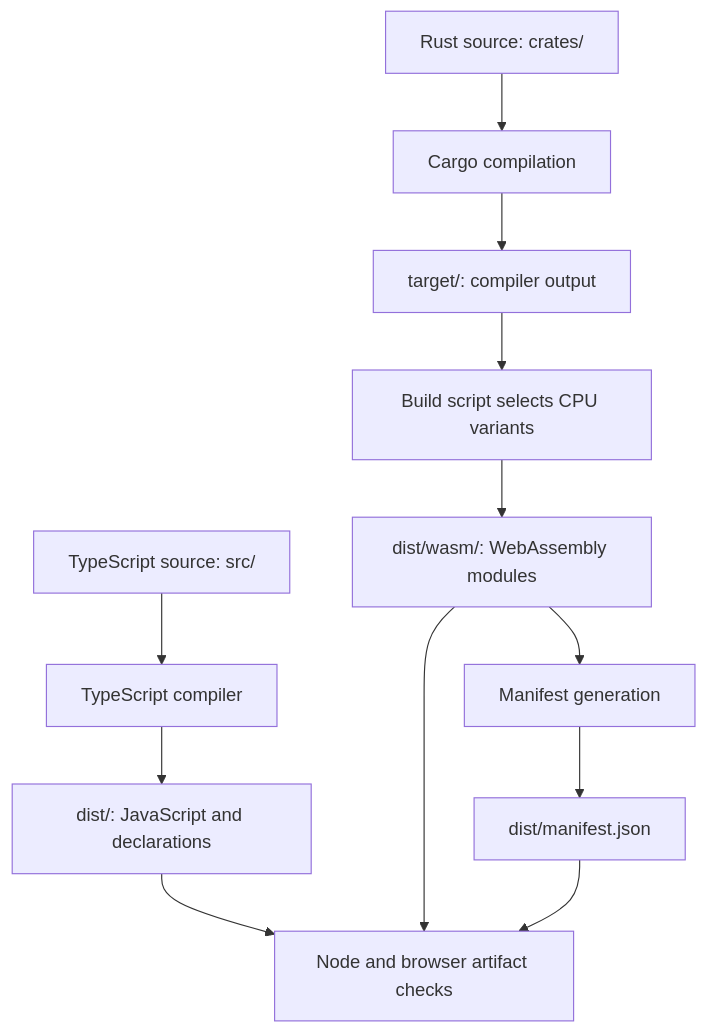
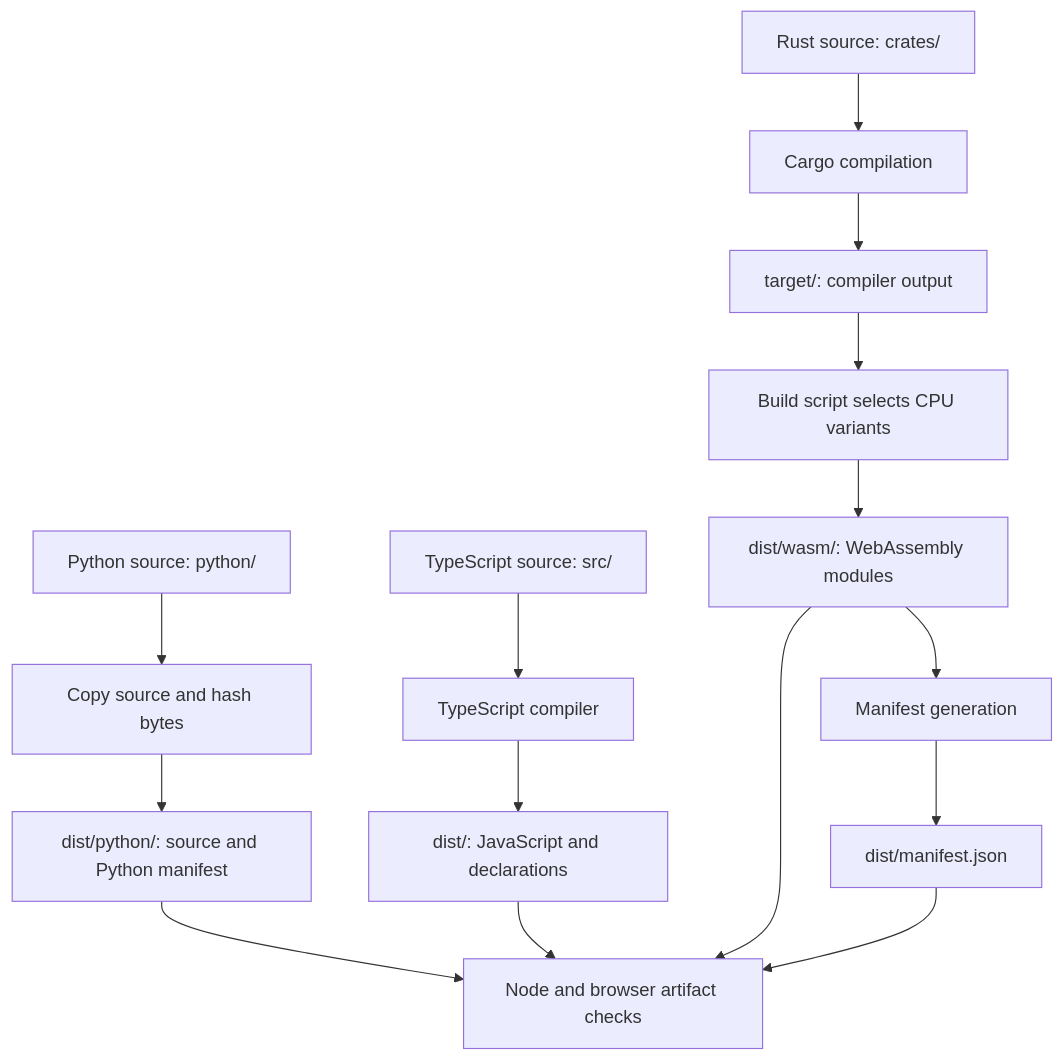
Before and after one commit to isaacperez/tabgrad: the diagram in docs/repository-structure.md, drawn with Mermaid. The commit also changed other lines of this file and 70 other files, not shown here.

````diff
--- a/docs/repository-structure.md
+++ b/docs/repository-structure.md
@@ -112,14 +119,17 @@
 ```mermaid
 flowchart TD
     TS["TypeScript source: src/"] --> TSC["TypeScript compiler"]
     TSC --> JS["dist/: JavaScript and declarations"]
     RS["Rust source: crates/"] --> CARGO["Cargo compilation"]
     CARGO --> TARGET["target/: compiler output"]
     TARGET --> COPY["Build script selects CPU variants"]
     COPY --> WASM["dist/wasm/: WebAssembly modules"]
     WASM --> HASH["Manifest generation"]
     HASH --> MANIFEST["dist/manifest.json"]
+    PY["Python source: python/"] --> PYCOPY["Copy source and hash bytes"]
+    PYCOPY --> PYDIST["dist/python/: source and Python manifest"]
+    PYDIST --> CHECK
     JS --> CHECK["Node and browser artifact checks"]
     WASM --> CHECK
     MANIFEST --> CHECK
 ```
````
